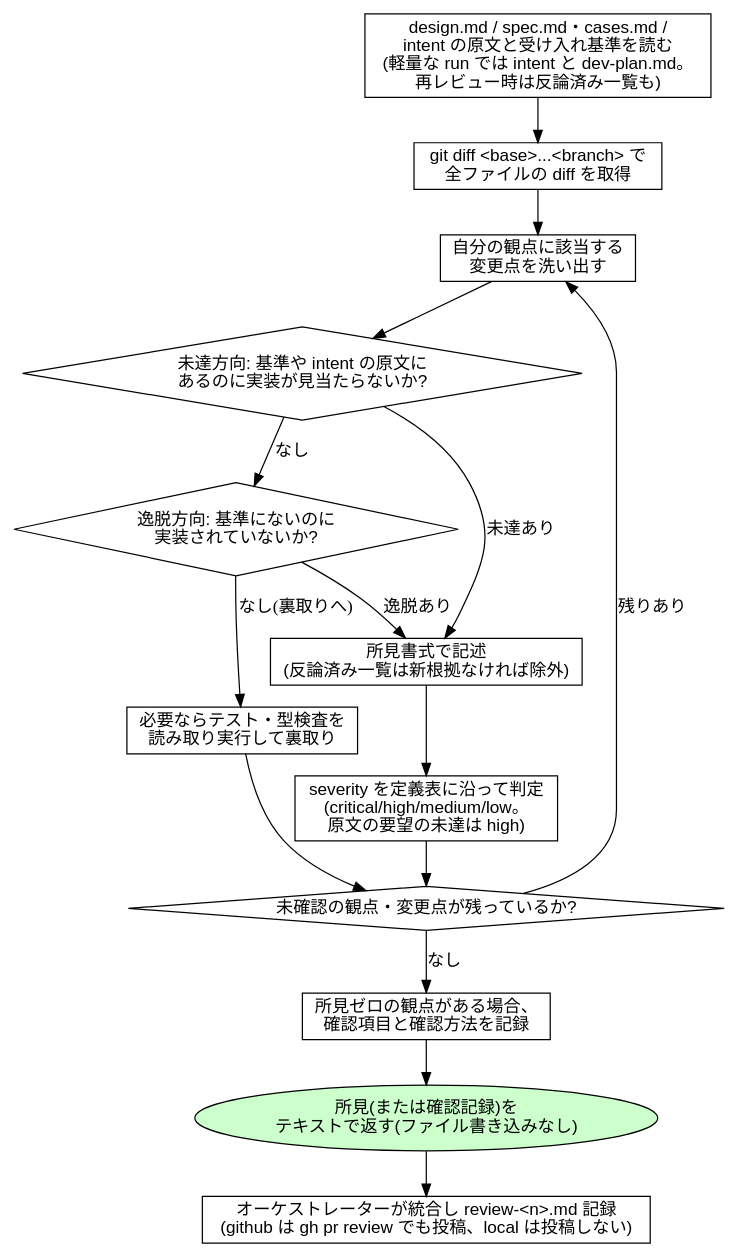
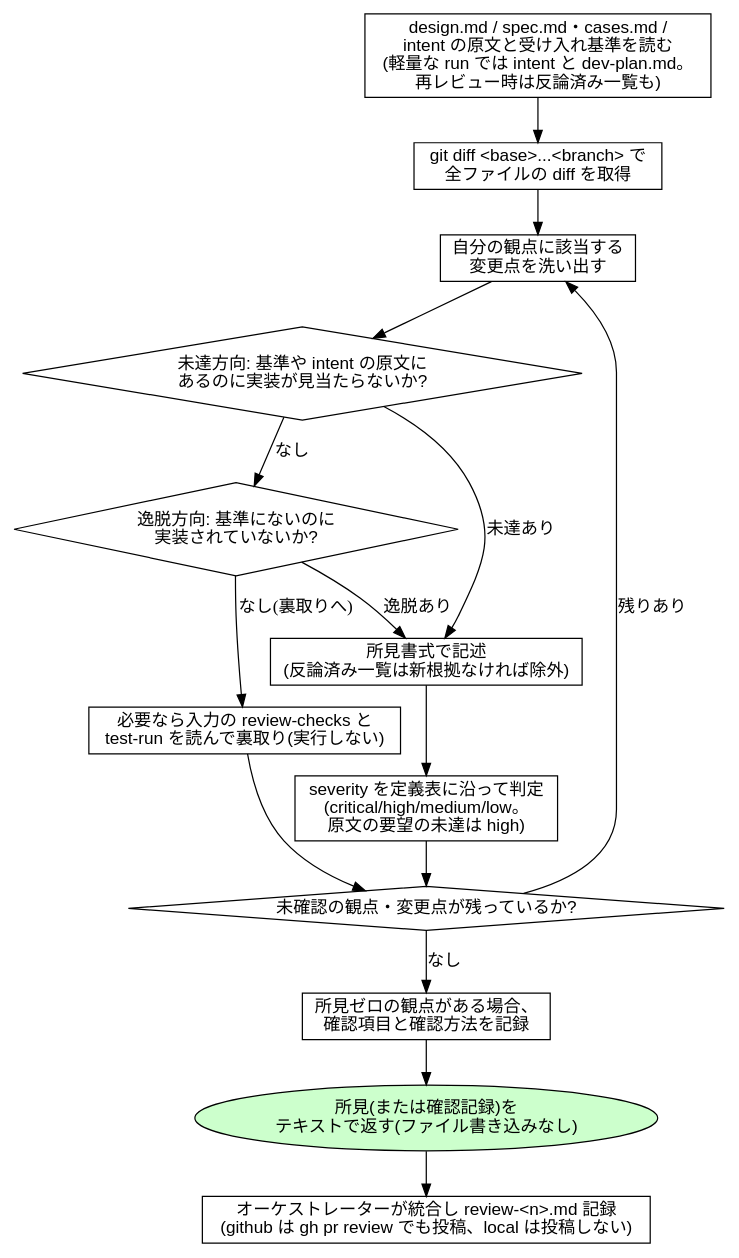
Before and after one commit to Amatsuka-kobo/amatsuka-claude-plugins: the tenth of 14 diagrams in plugins/codiel/docs/skill-flowcharts.md, drawn with Graphviz. The commit also changed 6 other files, not shown here.

````diff
--- a/plugins/codiel/docs/skill-flowcharts.md
+++ b/plugins/codiel/docs/skill-flowcharts.md
@@ -390,31 +390,31 @@
 ```dot
 digraph reviewing_diffs {
   rankdir=TB;
   node [fontname="sans-serif"];
 
   read_docs [label="design.md / spec.md・cases.md /\nintent の原文と受け入れ基準を読む\n(軽量な run では intent と dev-plan.md。\n再レビュー時は反論済み一覧も)", shape=box];
   get_diff [label="git diff <base>...<branch> で\n全ファイルの diff を取得", shape=box];
   scope [label="自分の観点に該当する\n変更点を洗い出す", shape=box];
   check_missing [label="未達方向: 基準や intent の原文に\nあるのに実装が見当たらないか?", shape=diamond];
   check_deviation [label="逸脱方向: 基準にないのに\n実装されていないか?", shape=diamond];
-  verify [label="必要ならテスト・型検査を\n読み取り実行して裏取り", shape=box];
+  verify [label="必要なら入力の review-checks と\ntest-run を読んで裏取り(実行しない)", shape=box];
   classify [label="severity を定義表に沿って判定\n(critical/high/medium/low。\n原文の要望の未達は high)", shape=box];
   write_finding [label="所見書式で記述\n(反論済み一覧は新根拠なければ除外)", shape=box];
   more [label="未確認の観点・変更点が残っているか?", shape=diamond];
   zero_findings [label="所見ゼロの観点がある場合、\n確認項目と確認方法を記録", shape=box];
   report [label="所見(または確認記録)を\nテキストで返す(ファイル書き込みなし)", shape=ellipse, style=filled, fillcolor="#ccffcc"];
   orchestrator [label="オーケストレーターが統合し review-<n>.md 記録\n(github は gh pr review でも投稿、local は投稿しない)", shape=box];
 
   read_docs -> get_diff -> scope -> check_missing;
   check_missing -> write_finding [label="未達あり"];
   check_missing -> check_deviation [label="なし"];
   check_deviation -> write_finding [label="逸脱あり"];
   check_deviation -> verify [label="なし(裏取りへ)"];
   write_finding -> classify -> more;
   verify -> more;
   more -> scope [label="残りあり"];
   more -> zero_findings [label="なし"];
   zero_findings -> report;
   report -> orchestrator;
 }
 ```
````
